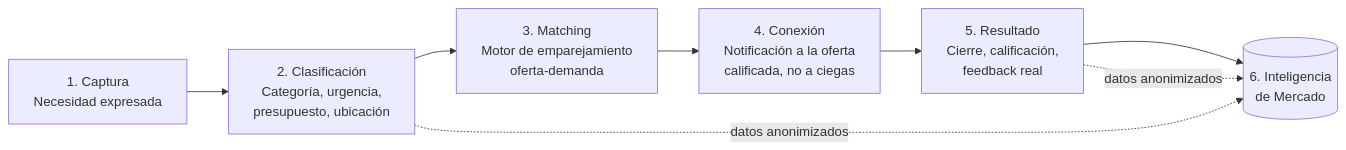
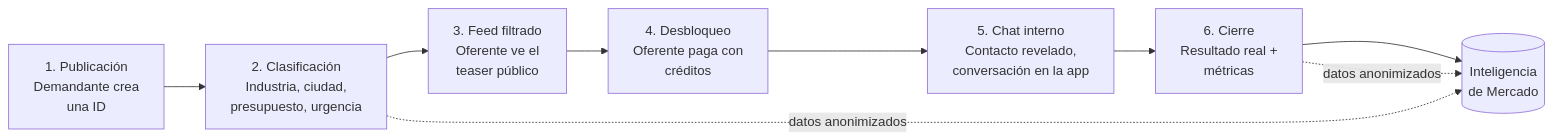
The diagram in docs/ARQUITECTURA.md (AtlasCop/PromotIA), drawn with Mermaid before and after one commit. The commit also changed other lines of this file and 2 other files, not shown here.

````diff
--- a/docs/ARQUITECTURA.md
+++ b/docs/ARQUITECTURA.md
@@ -42,10 +47,11 @@
 ```mermaid
 flowchart LR
-    A[1. Captura<br/>Necesidad expresada] --> B[2. Clasificación<br/>Categoría, urgencia,<br/>presupuesto, ubicación]
-    B --> C[3. Matching<br/>Motor de emparejamiento<br/>oferta-demanda]
-    C --> D[4. Conexión<br/>Notificación a la oferta<br/>calificada, no a ciegas]
-    D --> E[5. Resultado<br/>Cierre, calificación,<br/>feedback real]
-    E --> F[(6. Inteligencia<br/>de Mercado)]
-    B -.datos anonimizados.-> F
-    E -.datos anonimizados.-> F
+    A[1. Publicación<br/>Demandante crea<br/>una ID] --> B[2. Clasificación<br/>Industria, ciudad,<br/>presupuesto, urgencia]
+    B --> C[3. Feed filtrado<br/>Oferente ve el<br/>teaser público]
+    C --> D[4. Desbloqueo<br/>Oferente paga con<br/>créditos]
+    D --> E[5. Chat interno<br/>Contacto revelado,<br/>conversación en la app]
+    E --> F[6. Cierre<br/>Resultado real +<br/>métricas]
+    F --> G[(Inteligencia<br/>de Mercado)]
+    B -.datos anonimizados.-> G
+    F -.datos anonimizados.-> G
 ```
````
